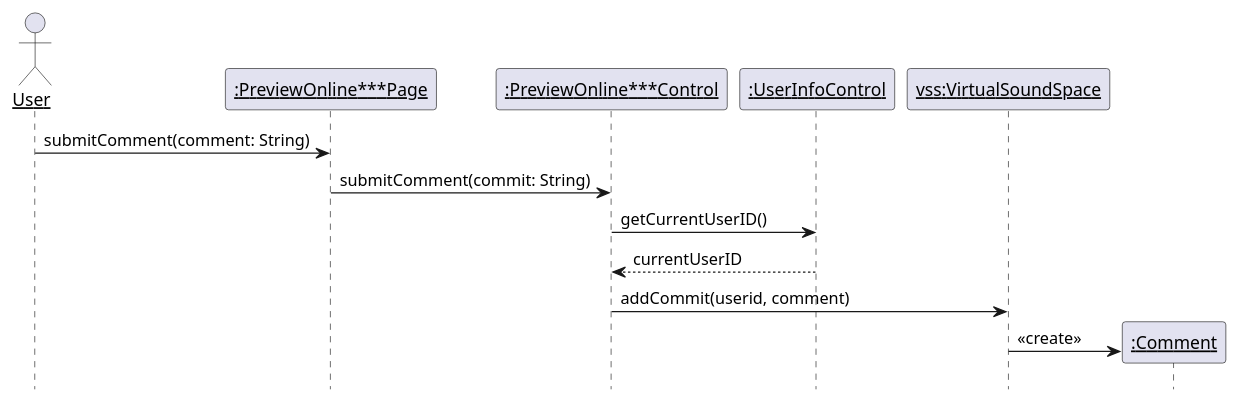
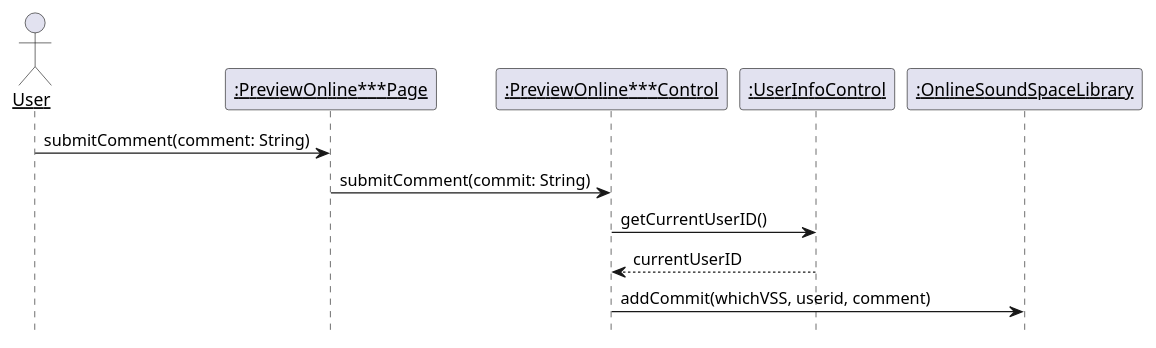
Diagram 12 of 21 in 需求定义和分析/SeqDiagram.md (kpp19920121/doc), drawn with PlantUML before and after one commit. The commit also changed other lines of this file and 22 other files, not shown here.

````diff
--- a/需求定义和分析/SeqDiagram.md
+++ b/需求定义和分析/SeqDiagram.md
@@ -512,20 +565,17 @@
 ```PlantUML
 @startuml CommentVSS
 hide footbox
 skinparam sequenceParticipant underline
 actor User as user
 participant ":PreviewOnline***Page" as page
 participant ":PreviewOnline***Control" as control
 participant ":UserInfoControl" as info
-participant "vss:VirtualSoundSpace" as vss
+participant ":OnlineSoundSpaceLibrary" as library
 
 user -> page: submitComment(comment: String)
 page -> control: submitComment(commit: String)
 control -> info: getCurrentUserID()
 info --> control: currentUserID
-control -> vss: addCommit(userid, comment)
-participant ":Comment" as comment
-create comment
-vss -> comment: <<create>>
+control -> library: addCommit(whichVSS, userid, comment)
 @enduml
 ```
````
